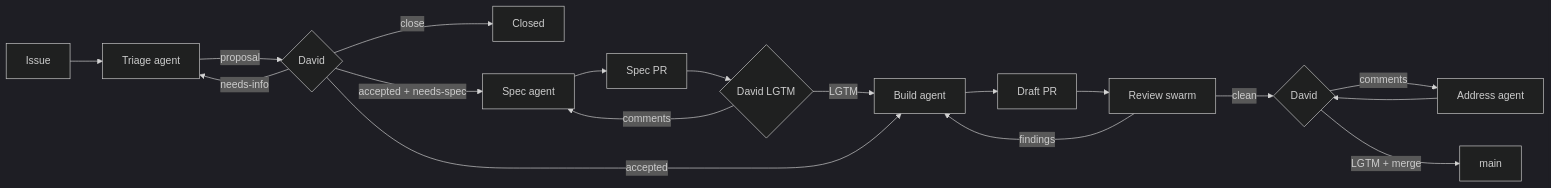
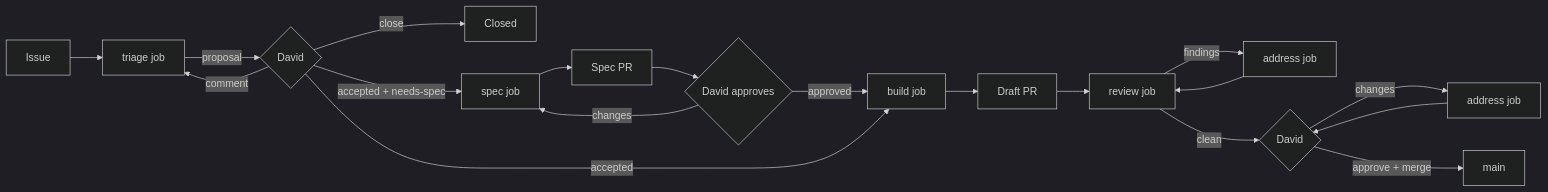
One commit to dajac/kaos changed the diagram in docs/design/factory.md. Above: the diagram before and after it, drawn with Mermaid (dark theme). The commit also changed other lines of this file, not shown here.

````diff
--- a/docs/design/factory.md
+++ b/docs/design/factory.md
@@ -34,17 +40,17 @@
 ```mermaid
 flowchart LR
-    I[Issue] --> T[Triage agent]
+    I[Issue] --> T[triage job]
     T -->|proposal| D1{David}
     D1 -->|close| X[Closed]
-    D1 -->|needs-info| T
-    D1 -->|accepted + needs-spec| S[Spec agent]
-    S --> SP[Spec PR] --> D2{David LGTM}
-    D2 -->|comments| S
-    D2 -->|LGTM| B
-    D1 -->|accepted| B[Build agent]
-    B --> PR[Draft PR] --> R[Review swarm]
-    R -->|findings| B
+    D1 -->|comment| T
+    D1 -->|accepted + needs-spec| S[spec job]
+    S --> SP[Spec PR] --> D2{David approves}
+    D2 -->|changes| S
+    D2 -->|approved| B
+    D1 -->|accepted| B[build job]
+    B --> PR[Draft PR] --> R[review job]
+    R -->|findings| F[address job] --> R
     R -->|clean| D3{David}
-    D3 -->|comments| A[Address agent] --> D3
-    D3 -->|LGTM + merge| M[main]
+    D3 -->|changes| F2[address job] --> D3
+    D3 -->|approve + merge| M[main]
 ```
````
